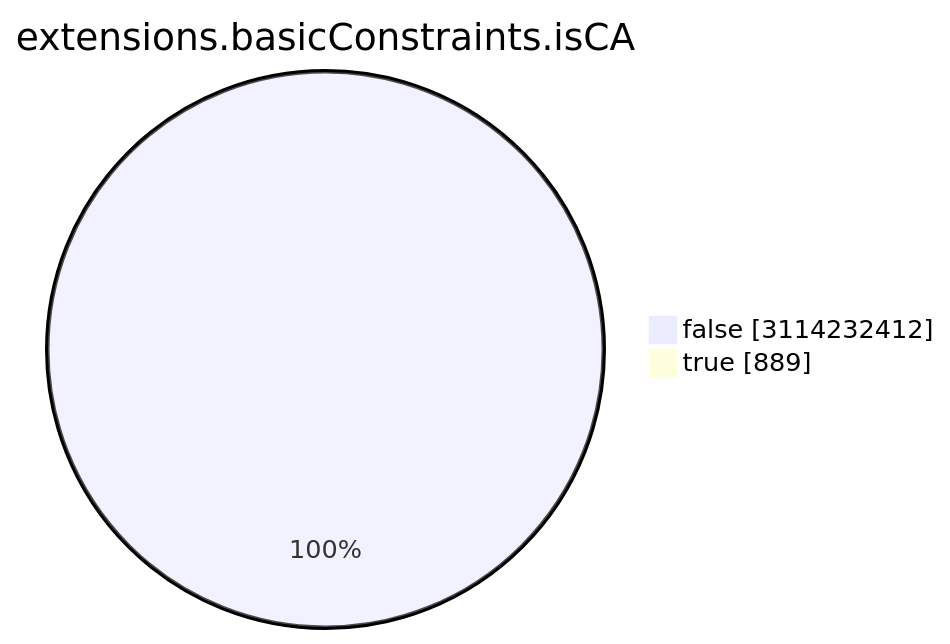
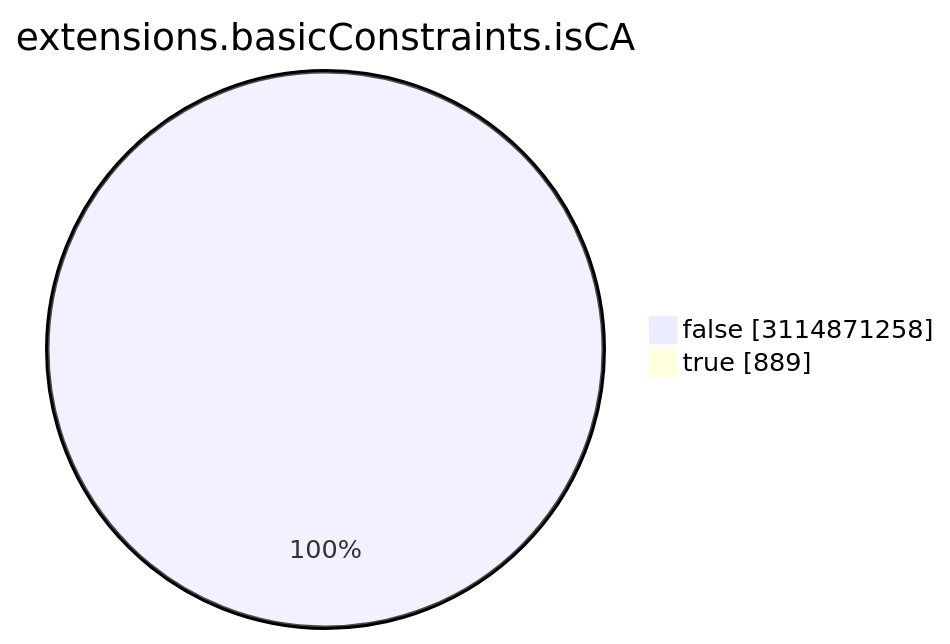
Before and after one commit to christiankrug/ctmonitor_visualization: the seventh of 15 diagrams in TOTAL/README.md, drawn with Mermaid. The commit also changed other lines of this file, not shown here.

````diff
--- a/TOTAL/README.md
+++ b/TOTAL/README.md
@@ -3088,6 +3088,6 @@
 ```mermaid
 pie showData
 title extensions.basicConstraints.isCA
-"false" :3114232412
+"false" :3114871258
 "true" :889
 ```
````
